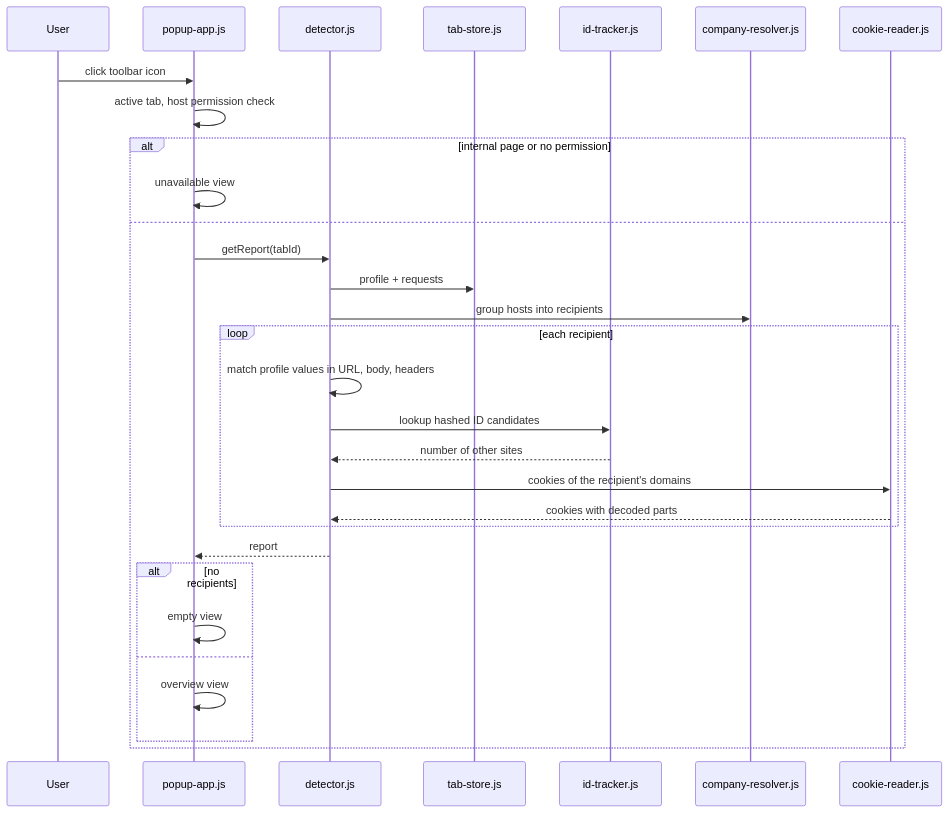
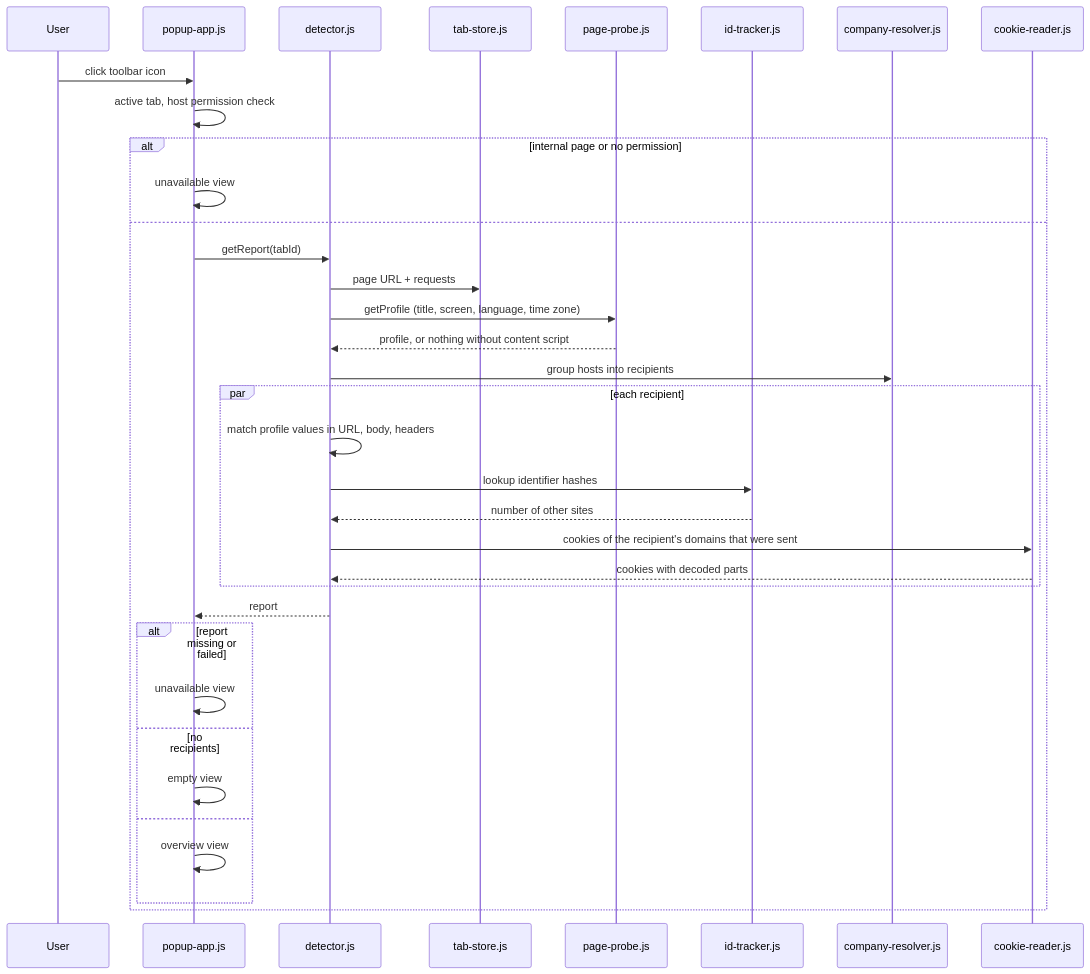
Before and after one commit to KarnesTH/kd-onlooker: the second of 3 diagrams in docs/data-flow.md, drawn with Mermaid. The commit also changed other lines of this file and 53 other files, not shown here.

````diff
--- a/docs/data-flow.md
+++ b/docs/data-flow.md
@@ -42,33 +48,38 @@
 ```mermaid
 sequenceDiagram
     participant User
     participant Popup as popup-app.js
     participant DET as detector.js
     participant TS as tab-store.js
+    participant CS as page-probe.js
     participant IDT as id-tracker.js
     participant CR as company-resolver.js
     participant CK as cookie-reader.js
 
     User->>Popup: click toolbar icon
     Popup->>Popup: active tab, host permission check
     alt internal page or no permission
         Popup->>Popup: unavailable view
     else
         Popup->>DET: getReport(tabId)
-        DET->>TS: profile + requests
+        DET->>TS: page URL + requests
+        DET->>CS: getProfile (title, screen, language, time zone)
+        CS-->>DET: profile, or nothing without content script
         DET->>CR: group hosts into recipients
-        loop each recipient
+        par each recipient
             DET->>DET: match profile values in URL, body, headers
-            DET->>IDT: lookup hashed ID candidates
+            DET->>IDT: lookup identifier hashes
             IDT-->>DET: number of other sites
-            DET->>CK: cookies of the recipient's domains
+            DET->>CK: cookies of the recipient's domains that were sent
             CK-->>DET: cookies with decoded parts
         end
         DET-->>Popup: report
-        alt no recipients
+        alt report missing or failed
+            Popup->>Popup: unavailable view
+        else no recipients
             Popup->>Popup: empty view
         else
             Popup->>Popup: overview view
         end
     end
 ```
````
